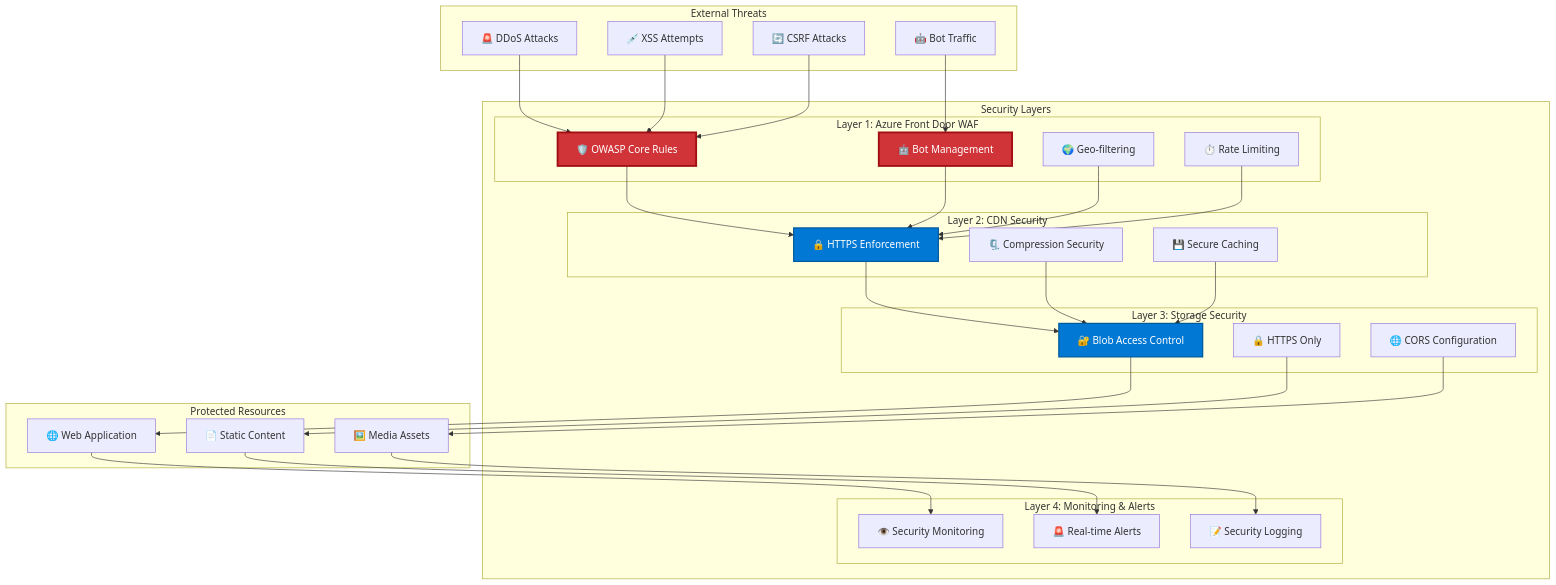
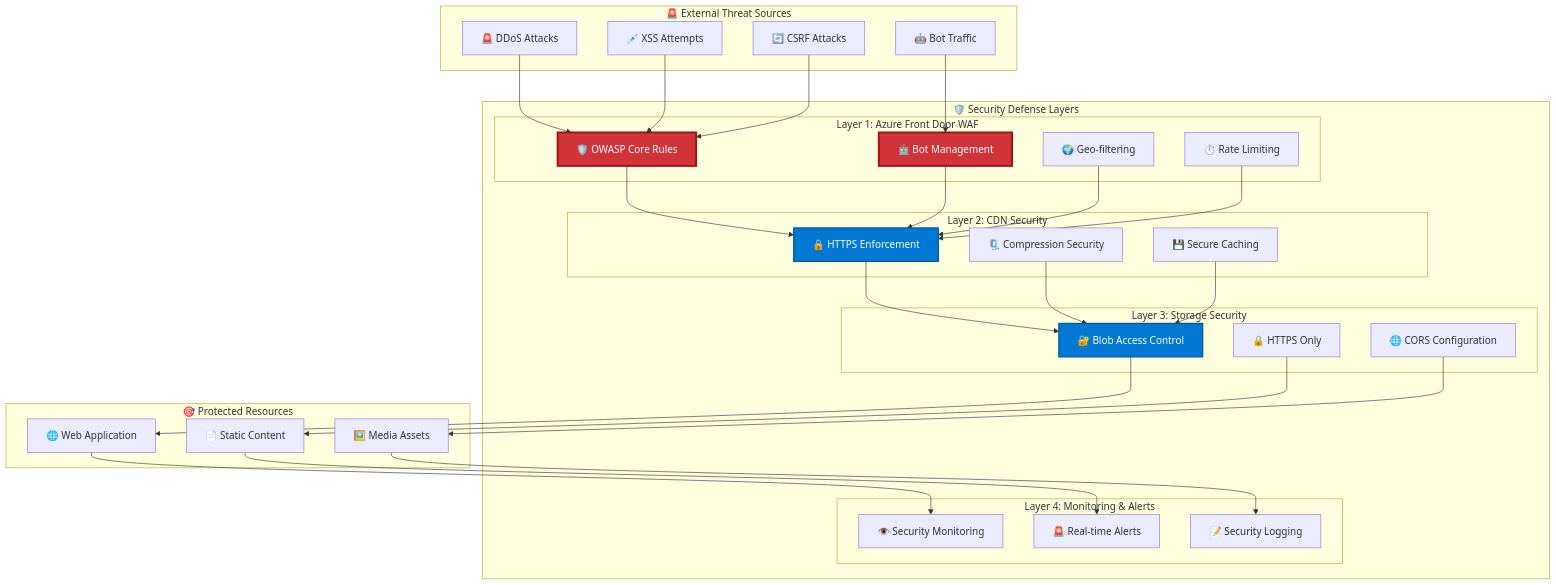
One commit to calvinlee999/react_next_java_journey changed the fourth of 8 diagrams in docs/architecture/azure-level1-diagrams.md. Above: the diagram before and after it, drawn with Mermaid.

Commit message:
Fix Mermaid diagram cycle issue in Security Architecture
- Renamed subgraph from 'External Threats' to 'External Threat Sources' with ID
- Added proper subgraph IDs to prevent naming conflicts
- Enhanced comments for better readability
- Fixed potential cycle issue that was preventing diagram rendering

Changes:
- THREATS subgraph with unique ID
- SECURITY subgraph with nested layer IDs
- RESOURCES subgraph with unique ID
- Clear connection comments for maintainability
- Proper styling preservation

````diff
--- a/docs/architecture/azure-level1-diagrams.md
+++ b/docs/architecture/azure-level1-diagrams.md
@@ -159,69 +159,75 @@
 ```mermaid
 graph TB
-    subgraph "External Threats"
+    subgraph THREATS ["🚨 External Threat Sources"]
         DDOS[🚨 DDoS Attacks]
         BOT[🤖 Bot Traffic]
         XSS[💉 XSS Attempts]
         CSRF[🔄 CSRF Attacks]
     end
     
-    subgraph "Security Layers"
-        subgraph "Layer 1: Azure Front Door WAF"
+    subgraph SECURITY ["🛡️ Security Defense Layers"]
+        subgraph WAF_LAYER ["Layer 1: Azure Front Door WAF"]
             WAF1[🛡️ OWASP Core Rules]
             WAF2[🤖 Bot Management]
             WAF3[🌍 Geo-filtering]
             WAF4[⏱️ Rate Limiting]
         end
         
-        subgraph "Layer 2: CDN Security"
+        subgraph CDN_LAYER ["Layer 2: CDN Security"]
             CDN_SEC[🔒 HTTPS Enforcement]
             CDN_COMP[🗜️ Compression Security]
             CDN_CACHE[💾 Secure Caching]
         end
         
-        subgraph "Layer 3: Storage Security"
+        subgraph STORAGE_LAYER ["Layer 3: Storage Security"]
             BLOB_SEC[🔐 Blob Access Control]
             BLOB_HTTPS[🔒 HTTPS Only]
             BLOB_CORS[🌐 CORS Configuration]
         end
         
-        subgraph "Layer 4: Monitoring & Alerts"
+        subgraph MONITOR_LAYER ["Layer 4: Monitoring & Alerts"]
             SEC_MON[👁️ Security Monitoring]
             ALERT[🚨 Real-time Alerts]
             LOG_SEC[📝 Security Logging]
         end
     end
     
-    subgraph "Protected Resources"
+    subgraph RESOURCES ["🎯 Protected Resources"]
         WEB_APP[🌐 Web Application]
         STATIC[📄 Static Content]
         ASSETS[🖼️ Media Assets]
     end
     
+    %% Threat to WAF connections
     DDOS --> WAF1
     BOT --> WAF2
     XSS --> WAF1
     CSRF --> WAF1
     
+    %% WAF to CDN connections
     WAF1 --> CDN_SEC
     WAF2 --> CDN_SEC
     WAF3 --> CDN_SEC
     WAF4 --> CDN_SEC
     
+    %% CDN to Storage connections
     CDN_SEC --> BLOB_SEC
     CDN_COMP --> BLOB_SEC
     CDN_CACHE --> BLOB_SEC
     
+    %% Storage to Resources connections
     BLOB_SEC --> WEB_APP
     BLOB_HTTPS --> STATIC
     BLOB_CORS --> ASSETS
     
+    %% Resources to Monitoring connections
     WEB_APP --> SEC_MON
     STATIC --> ALERT
     ASSETS --> LOG_SEC
     
+    %% Styling
     style WAF1 fill:#d13438,stroke:#a10e13,stroke-width:3px,color:#fff
     style WAF2 fill:#d13438,stroke:#a10e13,stroke-width:3px,color:#fff
     style CDN_SEC fill:#0078d4,stroke:#005a9e,stroke-width:2px,color:#fff
     style BLOB_SEC fill:#0078d4,stroke:#005a9e,stroke-width:2px,color:#fff
 ```
````
